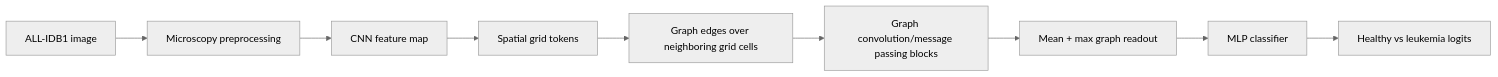
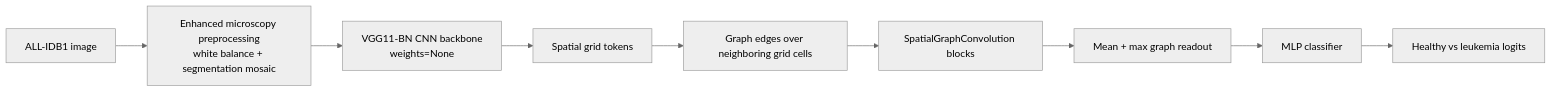
One commit to panshul-07/leukemia_ML_analysis changed the fourth of 6 diagrams in README.md. Above: the diagram before and after it, drawn with Mermaid (neutral theme). The commit also changed other lines of this file, not shown here.

Commit message:
Document notebook architectures and datasets

````diff
--- a/README.md
+++ b/README.md
@@ -139,11 +185,11 @@
 ```mermaid
 flowchart LR
-    A["ALL-IDB1 image"] --> B["Microscopy preprocessing"]
-    B --> C["CNN feature map"]
+    A["ALL-IDB1 image"] --> B["Enhanced microscopy preprocessing<br/>white balance + segmentation mosaic"]
+    B --> C["VGG11-BN CNN backbone<br/>weights=None"]
     C --> D["Spatial grid tokens"]
     D --> E["Graph edges over neighboring grid cells"]
-    E --> F["Graph convolution/message passing blocks"]
+    E --> F["SpatialGraphConvolution blocks"]
     F --> G["Mean + max graph readout"]
     G --> H["MLP classifier"]
     H --> I["Healthy vs leukemia logits"]
 ```
````
